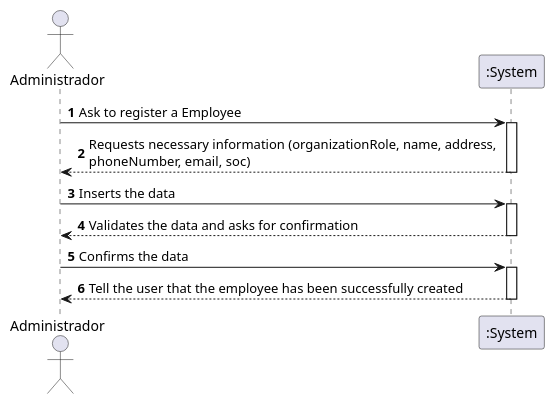
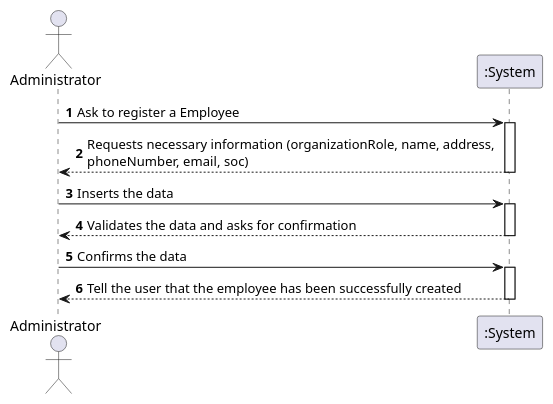
Before and after one commit to GuilhermeCunha79/lapr2: the diagram in docs/SprintB/US7/UC7_SSD.puml, drawn with PlantUML. The commit also changed 5 other files, not shown here.

```diff
--- a/docs/SprintB/US7/UC7_SSD.puml
+++ b/docs/SprintB/US7/UC7_SSD.puml
@@ -1,25 +1,25 @@
 @startuml
 autonumber
 'hide footbox
-actor "Administrador" as ADMIN
+actor "Administrator" as ADMIN
 
 participant ":System" as SYSTEM
 
 ADMIN -> SYSTEM : Ask to register a Employee
 activate SYSTEM
 SYSTEM --> ADMIN : Requests necessary information (organizationRole, name, address, \nphoneNumber, email, soc)
 
 deactivate SYSTEM
 
 ADMIN -> SYSTEM : Inserts the data
 activate SYSTEM
 SYSTEM --> ADMIN : Validates the data and asks for confirmation
 deactivate SYSTEM
 
 ADMIN -> SYSTEM : Confirms the data
 activate SYSTEM
 SYSTEM --> ADMIN : Tell the user that the employee has been successfully created
 deactivate SYSTEM
 
 
 @enduml
```
